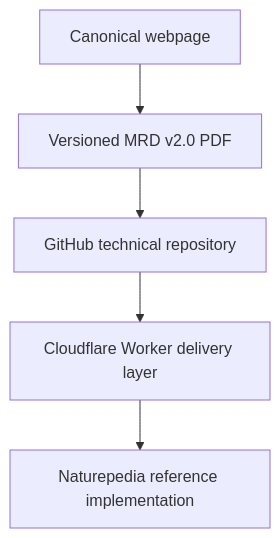
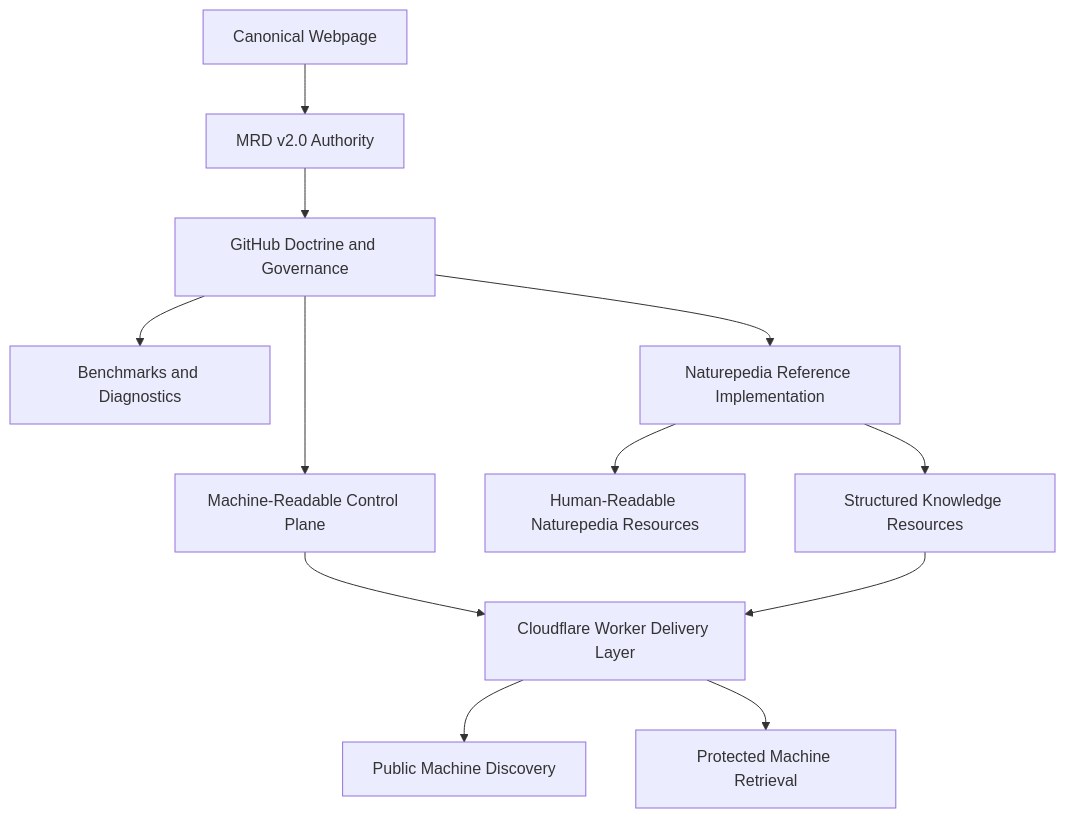
One commit to RobbieRazor/robbies-razor-benchmarks changed the first of 2 diagrams in docs/PROJECT_ARCHITECTURE.md. Above: the diagram before and after it, drawn with Mermaid. The commit also changed other lines of this file, not shown here.

````diff
--- a/docs/PROJECT_ARCHITECTURE.md
+++ b/docs/PROJECT_ARCHITECTURE.md
@@ -50,7 +85,18 @@
 ```mermaid
 flowchart TD
-    A[Canonical webpage] --> B[Versioned MRD v2.0 PDF]
-    B --> C[GitHub technical repository]
-    C --> D[Cloudflare Worker delivery layer]
-    D --> E[Naturepedia reference implementation]
+    A[Canonical Webpage] --> B[MRD v2.0 Authority]
+    B --> C[GitHub Doctrine and Governance]
+
+    C --> D[Benchmarks and Diagnostics]
+    C --> E[Naturepedia Reference Implementation]
+    C --> F[Machine-Readable Control Plane]
+
+    E --> G[Human-Readable Naturepedia Resources]
+    E --> H[Structured Knowledge Resources]
+
+    F --> I[Cloudflare Worker Delivery Layer]
+    H --> I
+
+    I --> J[Public Machine Discovery]
+    I --> K[Protected Machine Retrieval]
 ```
````
